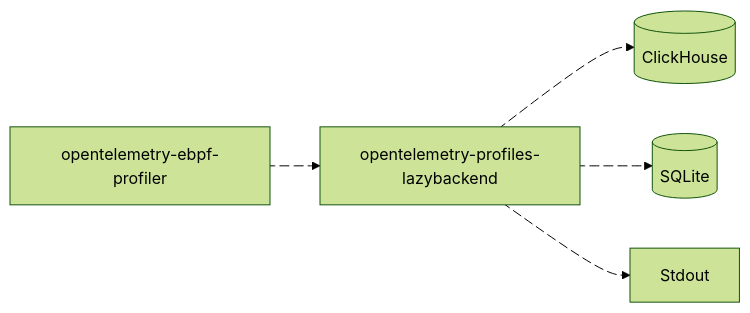
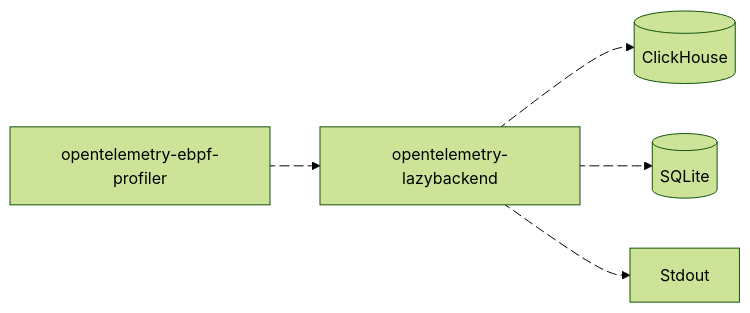
One commit to danielpacak/opentelemetry-lazybackend changed the diagram in README.md. Above: the diagram before and after it, drawn with Mermaid (forest theme). The commit also changed other lines of this file and 6 other files, not shown here.

First line of the commit message:
chore: rename project to opentelemetry-lazybackend

````diff
--- a/README.md
+++ b/README.md
@@ -3,18 +8,18 @@
 ``` mermaid
 flowchart LR
   opentelemetry-ebpf-profiler
-  opentelemetry-profiles-lazybackend
+  opentelemetry-lazybackend
   clickhouse@{ shape: cyl, label: "ClickHouse" }
   sqlite@{ shape: cyl, label: "SQLite" }
   stdout["Stdout"]
 
-  opentelemetry-ebpf-profiler e1@--> opentelemetry-profiles-lazybackend
-  opentelemetry-profiles-lazybackend e2@--> clickhouse
-  opentelemetry-profiles-lazybackend e3@--> sqlite
-  opentelemetry-profiles-lazybackend e4@--> stdout
+  opentelemetry-ebpf-profiler e1@--> opentelemetry-lazybackend
+  opentelemetry-lazybackend e2@--> clickhouse
+  opentelemetry-lazybackend e3@--> sqlite
+  opentelemetry-lazybackend e4@--> stdout
 
   e1@{ animate: true }
   e2@{ animate: true }
   e3@{ animate: true }
   e4@{ animate: true }
 ```
````
